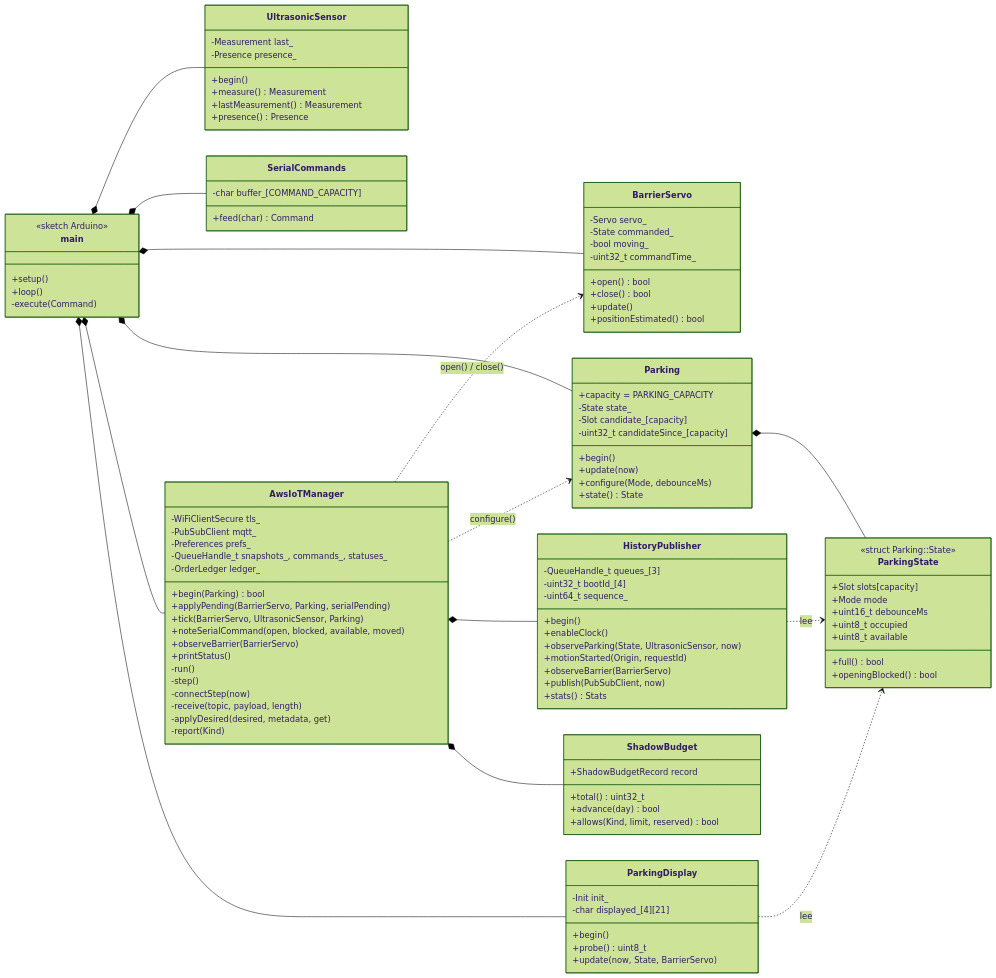
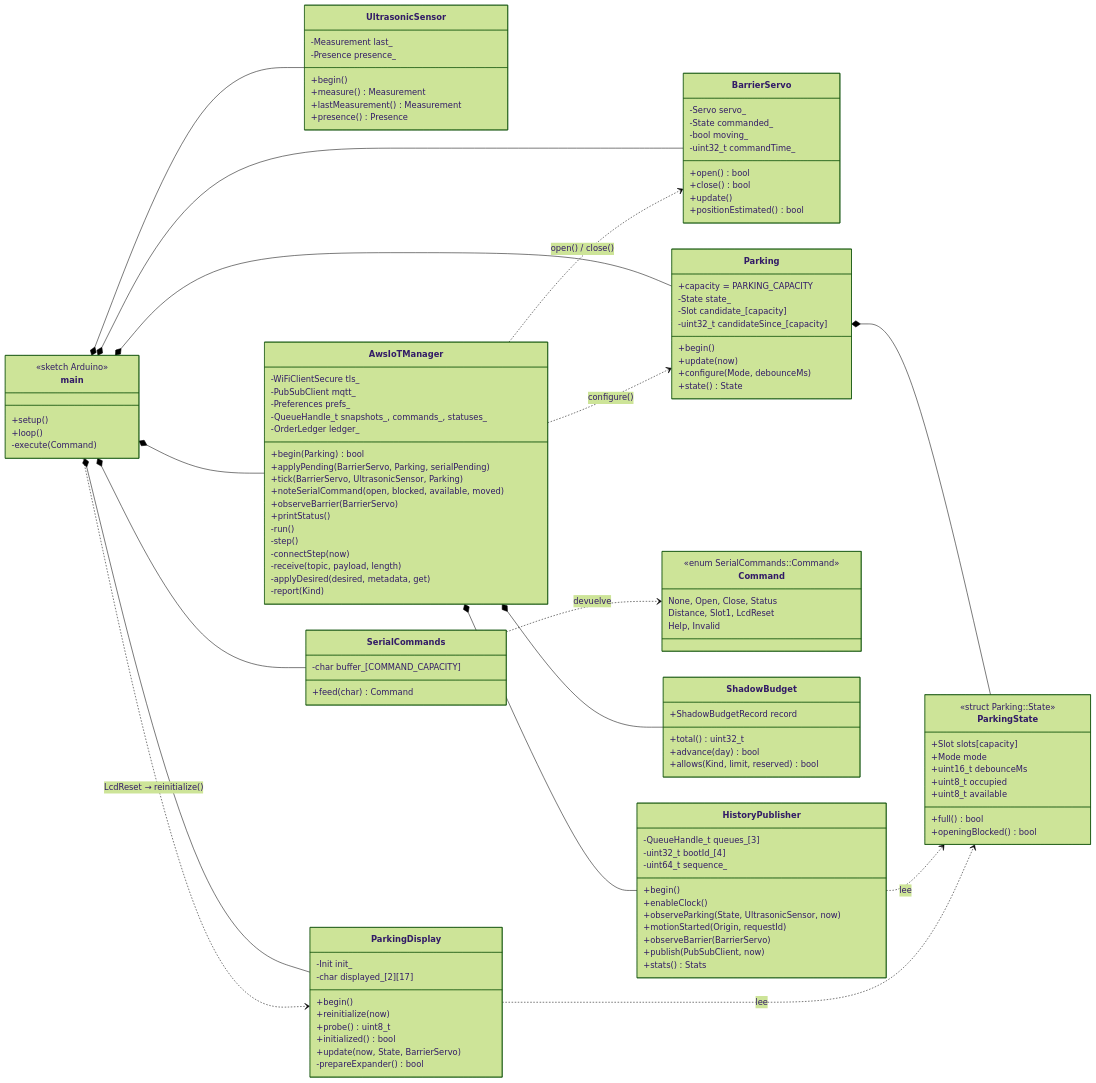
The diagram in docs/diagrams/04-clases-firmware.mmd (ciriarte-dev/smartpark-iot-practice-4-aws-alexa), drawn with Mermaid (forest theme) before and after one commit. The commit also changed 7 other files, not shown here.

Commit message:
docs: update block, class and query diagrams

```diff
--- a/docs/diagrams/04-clases-firmware.mmd
+++ b/docs/diagrams/04-clases-firmware.mmd
@@ -1,107 +1,118 @@
 classDiagram
     direction LR
     class main {
         <<sketch Arduino>>
         +setup()
         +loop()
         -execute(Command)
     }
     class UltrasonicSensor {
         -Measurement last_
         -Presence presence_
         +begin()
         +measure() Measurement
         +lastMeasurement() Measurement
         +presence() Presence
     }
     class BarrierServo {
         -Servo servo_
         -State commanded_
         -bool moving_
         -uint32_t commandTime_
         +open() bool
         +close() bool
         +update()
         +positionEstimated() bool
     }
     class Parking {
         +capacity = PARKING_CAPACITY
         -State state_
         -Slot candidate_[capacity]
         -uint32_t candidateSince_[capacity]
         +begin()
         +update(now)
         +configure(Mode, debounceMs)
         +state() State
     }
     class ParkingState {
         <<struct Parking::State>>
         +Slot slots[capacity]
         +Mode mode
         +uint16_t debounceMs
         +uint8_t occupied
         +uint8_t available
         +full() bool
         +openingBlocked() bool
     }
     class ParkingDisplay {
         -Init init_
-        -char displayed_[4][21]
+        -char displayed_[2][17]
         +begin()
+        +reinitialize(now)
         +probe() uint8_t
+        +initialized() bool
         +update(now, State, BarrierServo)
+        -prepareExpander() bool
     }
     class SerialCommands {
         -char buffer_[COMMAND_CAPACITY]
         +feed(char) Command
+    }
+    class Command {
+        <<enum SerialCommands::Command>>
+        None, Open, Close, Status
+        Distance, Slot1, LcdReset
+        Help, Invalid
     }
     class AwsIoTManager {
         -WiFiClientSecure tls_
         -PubSubClient mqtt_
         -Preferences prefs_
         -QueueHandle_t snapshots_, commands_, statuses_
         -OrderLedger ledger_
         +begin(Parking) bool
         +applyPending(BarrierServo, Parking, serialPending)
         +tick(BarrierServo, UltrasonicSensor, Parking)
         +noteSerialCommand(open, blocked, available, moved)
         +observeBarrier(BarrierServo)
         +printStatus()
         -run()
         -step()
         -connectStep(now)
         -receive(topic, payload, length)
         -applyDesired(desired, metadata, get)
         -report(Kind)
     }
     class ShadowBudget {
         +ShadowBudgetRecord record
         +total() uint32_t
         +advance(day) bool
         +allows(Kind, limit, reserved) bool
     }
     class HistoryPublisher {
         -QueueHandle_t queues_[3]
         -uint32_t bootId_[4]
         -uint64_t sequence_
         +begin()
         +enableClock()
         +observeParking(State, UltrasonicSensor, now)
         +motionStarted(Origin, requestId)
         +observeBarrier(BarrierServo)
         +publish(PubSubClient, now)
         +stats() Stats
     }
     main *-- UltrasonicSensor
     main *-- BarrierServo
     main *-- Parking
     main *-- ParkingDisplay
     main *-- SerialCommands
     main *-- AwsIoTManager
     Parking *-- ParkingState
     AwsIoTManager *-- ShadowBudget
     AwsIoTManager *-- HistoryPublisher
     AwsIoTManager ..> Parking : configure()
     AwsIoTManager ..> BarrierServo : open() / close()
     HistoryPublisher ..> ParkingState : lee
     ParkingDisplay ..> ParkingState : lee
+    SerialCommands ..> Command : devuelve
+    main ..> ParkingDisplay : LcdReset → reinitialize()
```
